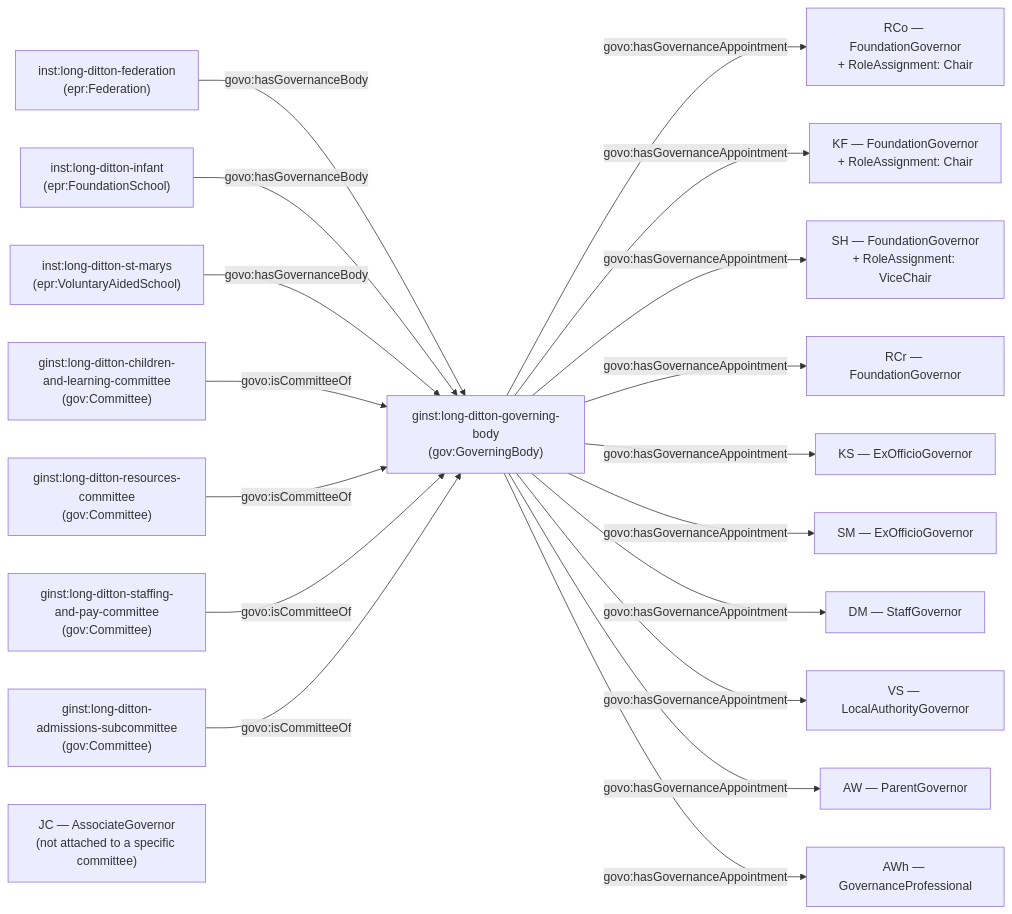
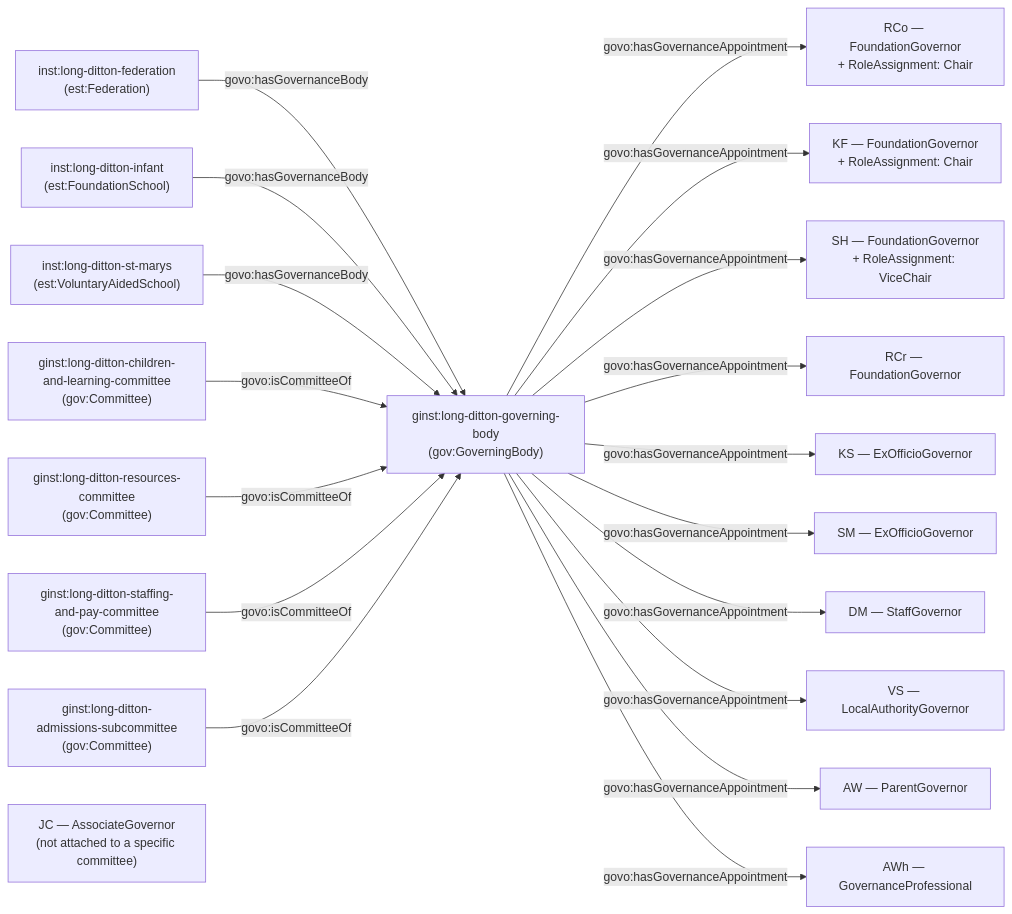
One commit to DFE-Digital/education-provider-registry-docs changed the second of 2 diagrams in docs-site/content/models/governance/worked-examples/long-ditton/index.md. Above: the diagram before and after it, drawn with Mermaid. The commit also changed other lines of this file and 42 other files, not shown here.

````diff
--- a/docs-site/content/models/governance/worked-examples/long-ditton/index.md
+++ b/docs-site/content/models/governance/worked-examples/long-ditton/index.md
@@ -90,33 +90,33 @@
 ```mermaid
 flowchart LR
-    F["inst:long-ditton-federation<br/>(epr:Federation)"]
-    LDI["inst:long-ditton-infant<br/>(epr:FoundationSchool)"]
-    LDSM["inst:long-ditton-st-marys<br/>(epr:VoluntaryAidedSchool)"]
+    F["inst:long-ditton-federation<br/>(est:Federation)"]
+    LDI["inst:long-ditton-infant<br/>(est:FoundationSchool)"]
+    LDSM["inst:long-ditton-st-marys<br/>(est:VoluntaryAidedSchool)"]
     GB["ginst:long-ditton-governing-body<br/>(gov:GoverningBody)"]
 
     F -->|govo:hasGovernanceBody| GB
     LDI -->|govo:hasGovernanceBody| GB
     LDSM -->|govo:hasGovernanceBody| GB
 
     GB -->|govo:hasGovernanceAppointment| G1["RCo — FoundationGovernor<br/>+ RoleAssignment: Chair"]
     GB -->|govo:hasGovernanceAppointment| G2["KF — FoundationGovernor<br/>+ RoleAssignment: Chair"]
     GB -->|govo:hasGovernanceAppointment| G3["SH — FoundationGovernor<br/>+ RoleAssignment: ViceChair"]
     GB -->|govo:hasGovernanceAppointment| G4["RCr — FoundationGovernor"]
     GB -->|govo:hasGovernanceAppointment| G5["KS — ExOfficioGovernor"]
     GB -->|govo:hasGovernanceAppointment| G6["SM — ExOfficioGovernor"]
     GB -->|govo:hasGovernanceAppointment| G7["DM — StaffGovernor"]
     GB -->|govo:hasGovernanceAppointment| G8["VS — LocalAuthorityGovernor"]
     GB -->|govo:hasGovernanceAppointment| G9["AW — ParentGovernor"]
     GB -->|govo:hasGovernanceAppointment| P1["AWh — GovernanceProfessional"]
 
     C1["ginst:long-ditton-children-and-learning-committee<br/>(gov:Committee)"]
     C2["ginst:long-ditton-resources-committee<br/>(gov:Committee)"]
     C3["ginst:long-ditton-staffing-and-pay-committee<br/>(gov:Committee)"]
     C4["ginst:long-ditton-admissions-subcommittee<br/>(gov:Committee)"]
     C1 -->|govo:isCommitteeOf| GB
     C2 -->|govo:isCommitteeOf| GB
     C3 -->|govo:isCommitteeOf| GB
     C4 -->|govo:isCommitteeOf| GB
 
     JC["JC — AssociateGovernor<br/>(not attached to a specific committee)"]
 ```
````
